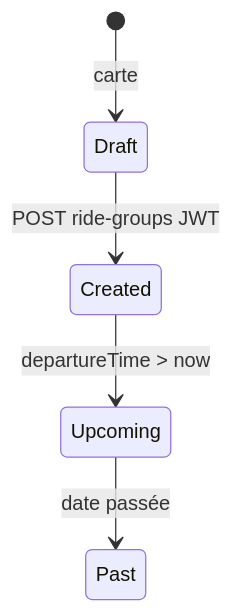
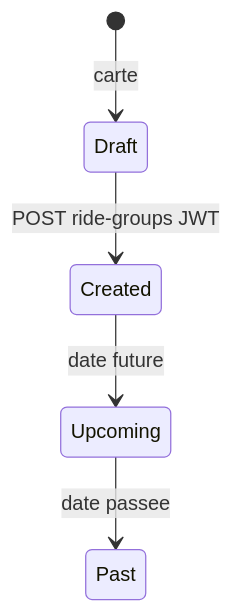
The second of 3 diagrams in docs/00-kickoff-pack/03-domain-model.md (AnasMahhou10/Velib-Project), drawn with Mermaid before and after one commit. The commit also changed other lines of this file and 6 other files, not shown here.

````diff
--- a/docs/00-kickoff-pack/03-domain-model.md
+++ b/docs/00-kickoff-pack/03-domain-model.md
@@ -56,7 +56,7 @@
 ```mermaid
 stateDiagram-v2
   [*] --> Draft: carte
   Draft --> Created: POST ride-groups JWT
-  Created --> Upcoming: departureTime > now
-  Upcoming --> Past: date passée
+  Created --> Upcoming: date future
+  Upcoming --> Past: date passee
 ```
````
